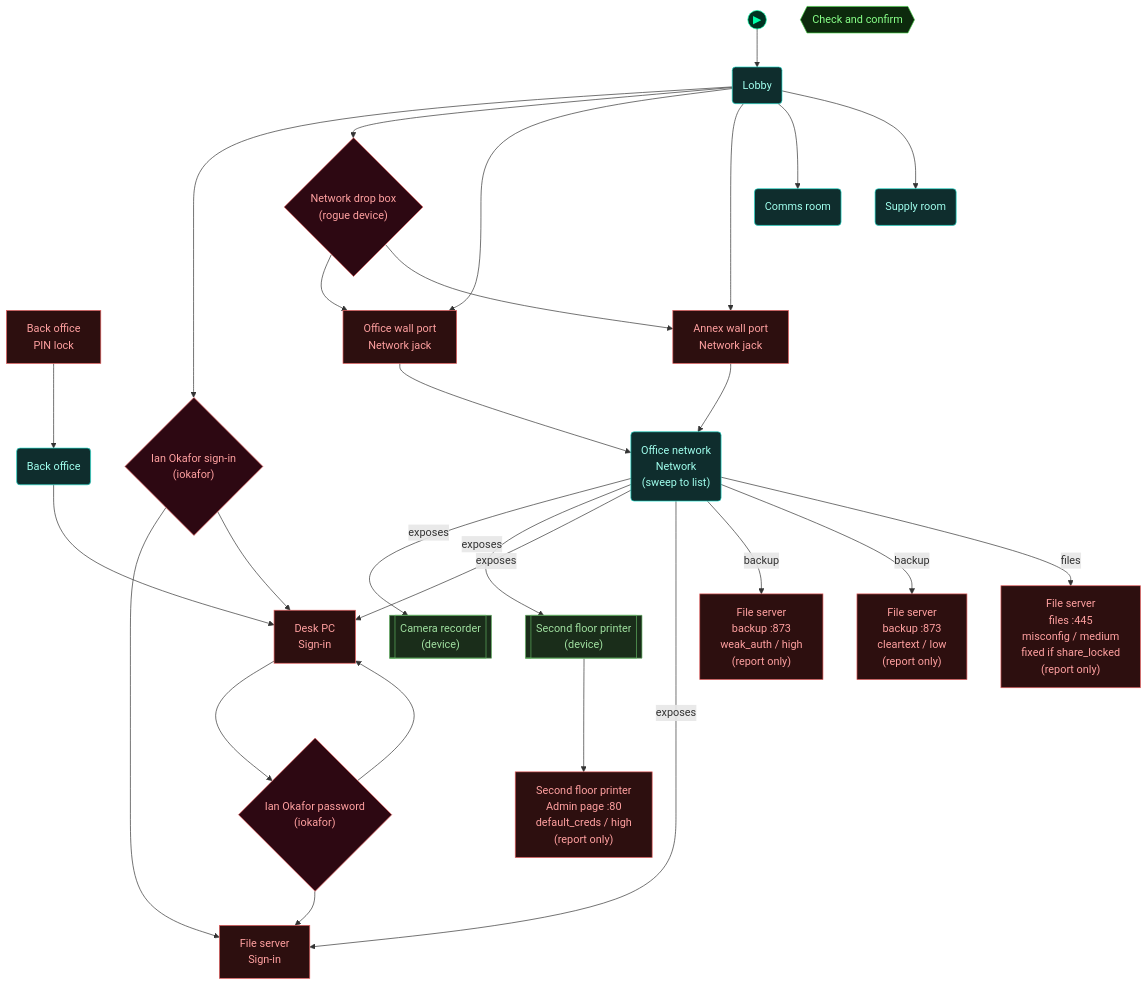
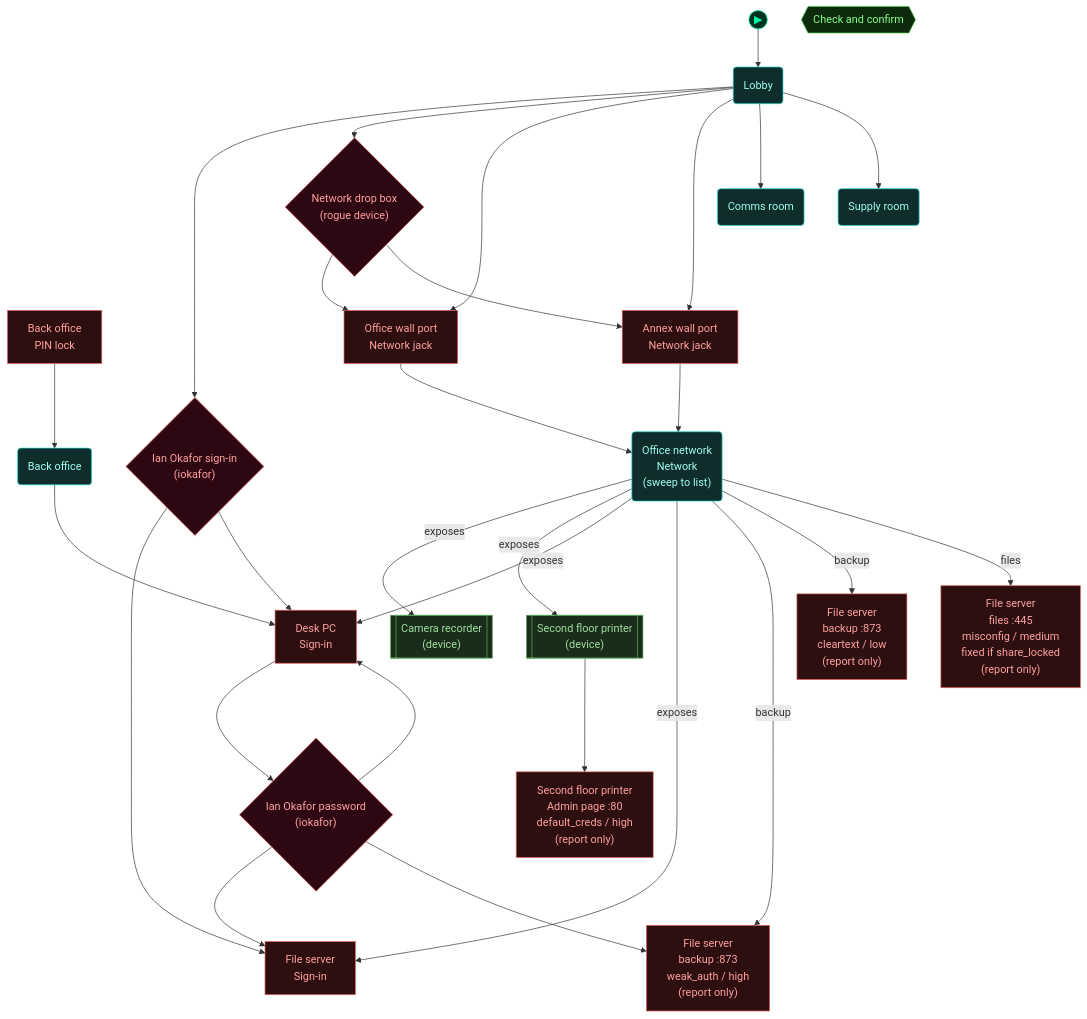
One commit to cliffe/BreakEscape changed the third of 5 diagrams in scenarios/test_ops_findings/dungeon_graph.md. Above: the diagram before and after it, drawn with Mermaid. The commit also changed other lines of this file and 5 other files, not shown here.

Commit message:
Ops core S2 playtest: PT2 resumed capture files are judged together (test with two files, real leak still found), PT3 beat 8b removed for the Rails tests, PT5 beat 1 count, beat 5 inventory note and beat 7 hint text, graph files regenerated

````diff
--- a/scenarios/test_ops_findings/dungeon_graph.md
+++ b/scenarios/test_ops_findings/dungeon_graph.md
@@ -160,75 +161,76 @@
 ```mermaid
 flowchart TD
 
   classDef room      fill:#0f2d2d,stroke:#22ddcc,color:#a0ffee
   classDef lock      fill:#2d0f0f,stroke:#e66060,color:#ffa0a0
   classDef key       fill:#2d0812,stroke:#e66060,color:#ffa0a0
   classDef item      fill:#2d1200,stroke:#e89030,color:#ffcc80
   classDef gate      fill:#111,stroke:#666,color:#eee
   classDef vm        fill:#0c1f40,stroke:#4a90d9,color:#a0c8ff
   classDef flag      fill:#1a0c2d,stroke:#9060d0,color:#cc99ff
   classDef action    fill:#1a1200,stroke:#cc9922,color:#ffee88
   classDef aim       fill:#0d2a0d,stroke:#44cc44,color:#88ff88
   classDef aim_gate  fill:#111111,stroke:#44cc44,color:#44cc44
   classDef container fill:#1a2d1a,stroke:#60b060,color:#a0e0a0
   classDef npc       fill:#2d1f0d,stroke:#d0a050,color:#ffe0a0
   classDef critical  fill:#2a1500,stroke:#ffaa00,color:#ffdd88
   classDef start     fill:#003322,stroke:#00ffaa,color:#00ffaa
 
   node_start(("▶"))
   node_start --> lobby
 
   door_back_office["Back office<br/>PIN lock"]
   back_office("Back office")
   lock_files01["File server<br/>Sign-in"]
   lock_desk01["Desk PC<br/>Sign-in"]
   signin_ian{"Ian Okafor sign-in<br/>(iokafor)"}
   lobby("Lobby")
   device_kit_dropbox{"Network drop box<br/>(rogue device)"}
   jack_office_port["Office wall port<br/>Network jack"]
   net_office_lan("Office network<br/>Network<br/>(sweep to list)")
   jack_annex_port["Annex wall port<br/>Network jack"]
   host_camrec01[["Camera recorder<br/>(device)"]]
   host_printer01[["Second floor printer<br/>(device)"]]
   weak_files01_backup_archive_login["File server<br/>backup :873<br/>weak_auth / high<br/>(report only)"]
   weak_files01_backup_backup_list["File server<br/>backup :873<br/>cleartext / low<br/>(report only)"]
   weak_files01_files_open_share["File server<br/>files :445<br/>misconfig / medium<br/>fixed if share_locked<br/>(report only)"]
   weak_printer01_admin_page_factory_login["Second floor printer<br/>Admin page :80<br/>default_creds / high<br/>(report only)"]
   comms_room("Comms room")
   supply_room("Supply room")
   cred_archivist_login{"Ian Okafor password<br/>(iokafor)"}
   aim_finding_beats{{"Check and confirm"}}
 
   door_back_office --> back_office
   back_office --> lock_desk01
   lobby --> signin_ian
   signin_ian --> lock_files01
   signin_ian --> lock_desk01
   lobby --> device_kit_dropbox
   lobby --> jack_office_port
   device_kit_dropbox --> jack_office_port
   jack_office_port --> net_office_lan
   lobby --> jack_annex_port
   device_kit_dropbox --> jack_annex_port
   jack_annex_port --> net_office_lan
   net_office_lan -->|exposes| host_camrec01
   net_office_lan -->|exposes| host_printer01
   net_office_lan -->|exposes| lock_desk01
   net_office_lan -->|exposes| lock_files01
   net_office_lan -->|backup| weak_files01_backup_archive_login
   net_office_lan -->|backup| weak_files01_backup_backup_list
   net_office_lan -->|files| weak_files01_files_open_share
   host_printer01 --> weak_printer01_admin_page_factory_login
   lobby --> comms_room
   lobby --> supply_room
   lock_desk01 --> cred_archivist_login
   cred_archivist_login --> lock_files01
   cred_archivist_login --> lock_desk01
+  cred_archivist_login --> weak_files01_backup_archive_login
 
   class door_back_office,lock_files01,lock_desk01,jack_office_port,jack_annex_port,weak_files01_backup_archive_login,weak_files01_backup_backup_list,weak_files01_files_open_share,weak_printer01_admin_page_factory_login lock
   class back_office,lobby,net_office_lan,comms_room,supply_room room
   class signin_ian,device_kit_dropbox,cred_archivist_login key
   class host_camrec01,host_printer01 container
   class aim_finding_beats aim
   class node_start start
 ```
````
